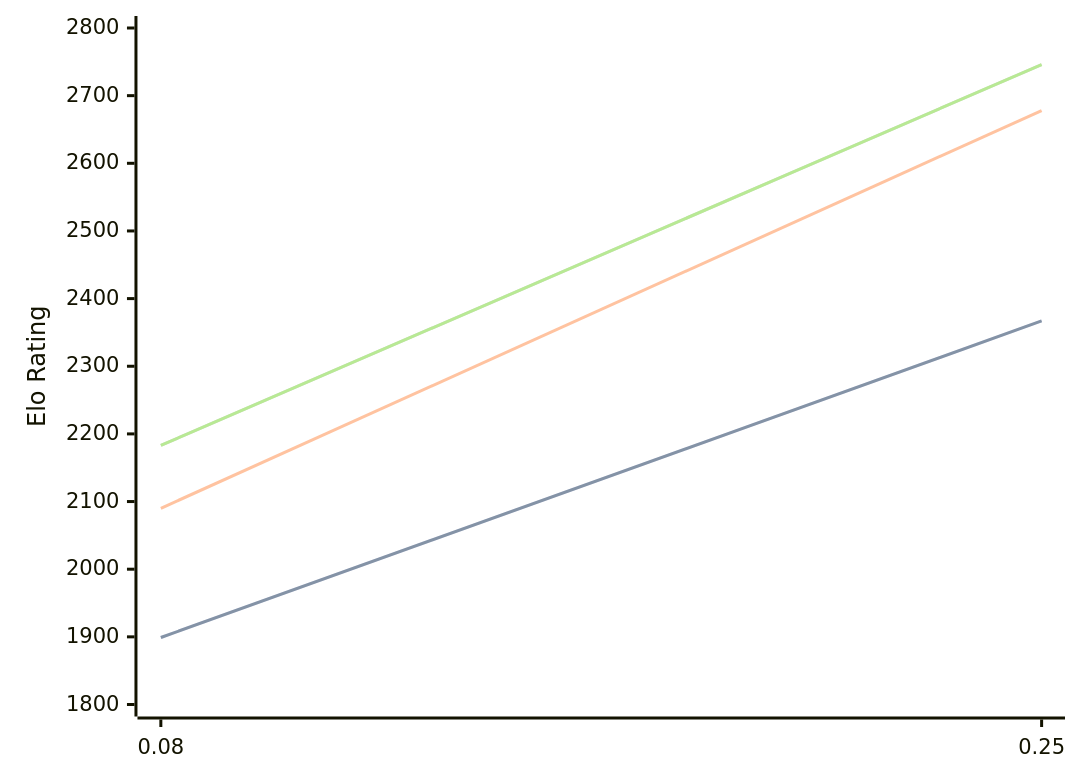
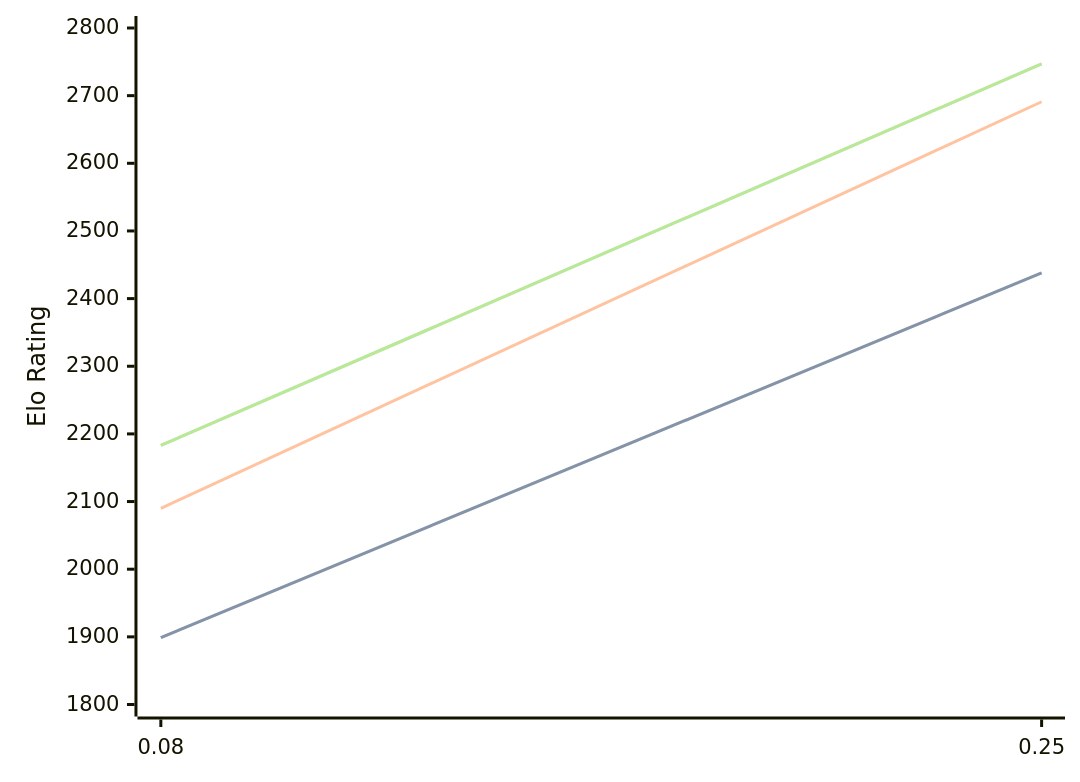
One commit to computer-chess-index/cci changed the diagram in engines/Gecko.md. Above: the diagram before and after it, drawn with Mermaid. The commit also changed other lines of this file, not shown here.

Commit message:
Update CCI Ratings (ELO VLTC) - 2026-04-09

````diff
--- a/engines/Gecko.md
+++ b/engines/Gecko.md
@@ -32,11 +32,11 @@
 ```mermaid
 %%{init: {"theme":"base","themeVariables":{"seriesColors:['#a3a3a3','#222221','#faa371']}}}%%
 xychart-beta
   x-axis ["0.08", "0.25"]
   y-axis "Elo Rating" 1800 --> 2800
-  line "STC (8.0+0.08s)" [1899, 2367]
-  line "STC (8.0+0.08s)" [1899, 2367]
-  line "LTC (60.0+0.60s)" [2090, 2678]
-  line "VLTC (2m24s+1.12s)" [2183, 2746]
-  line "VLTC (2m24s+1.12s)" [2183, 2746]
+  line "STC (8.0+0.08s)" [1899, 2438]
+  line "STC (8.0+0.08s)" [1899, 2438]
+  line "LTC (60.0+0.60s)" [2090, 2691]
+  line "VLTC (2m24s+1.12s)" [2183, 2747]
+  line "VLTC (2m24s+1.12s)" [2183, 2747]
 ```
````
